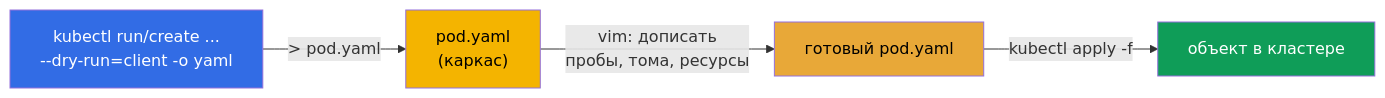
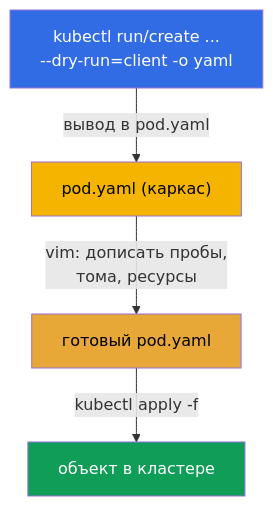
Before and after one commit to ViktorUJ/cks: the fourth of 5 diagrams in tasks/cka/course/03/ru.md, drawn with Mermaid. The commit also changed other lines of this file and 10 other files, not shown here.

````diff
--- a/tasks/cka/course/03/ru.md
+++ b/tasks/cka/course/03/ru.md
@@ -174,10 +221,10 @@
 ```mermaid
-flowchart LR
-    gen["kubectl run/create ...<br>--dry-run=client -o yaml"] -->|"> pod.yaml"| file["pod.yaml<br>(каркас)"]
-    file -->|"vim: дописать<br>пробы, тома, ресурсы"| edit["готовый pod.yaml"]
+flowchart TB
+    gen["kubectl run/create ...<br>--dry-run=client -o yaml"] -->|"вывод в pod.yaml"| file["pod.yaml (каркас)"]
+    file -->|"vim: дописать пробы,<br>тома, ресурсы"| edit["готовый pod.yaml"]
     edit -->|"kubectl apply -f"| cluster["объект в кластере"]
     style gen fill:#326ce5,color:#fff
     style file fill:#f4b400,color:#000
     style edit fill:#e8a838,color:#000
     style cluster fill:#0f9d58,color:#fff
 ```
````
